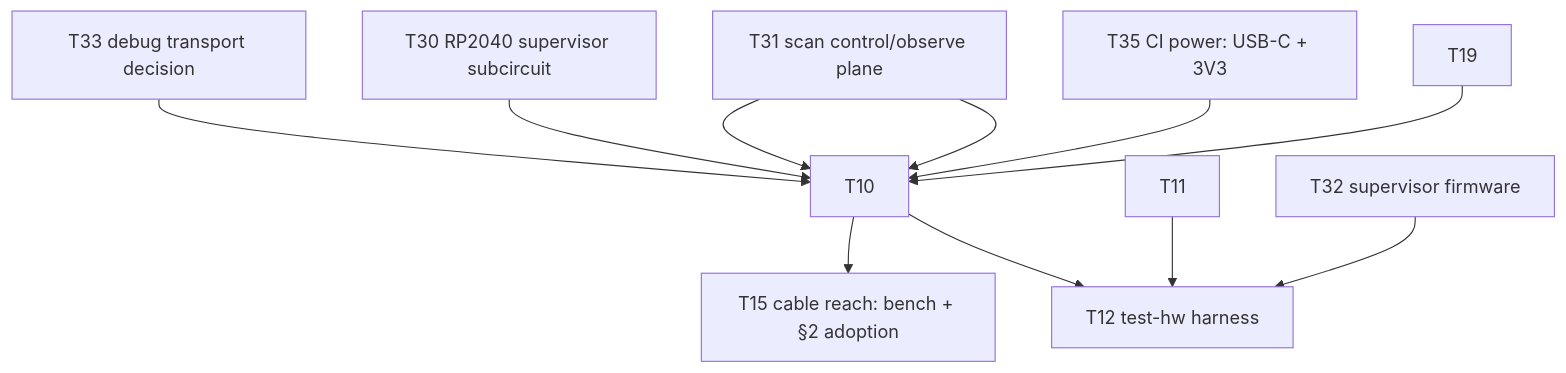
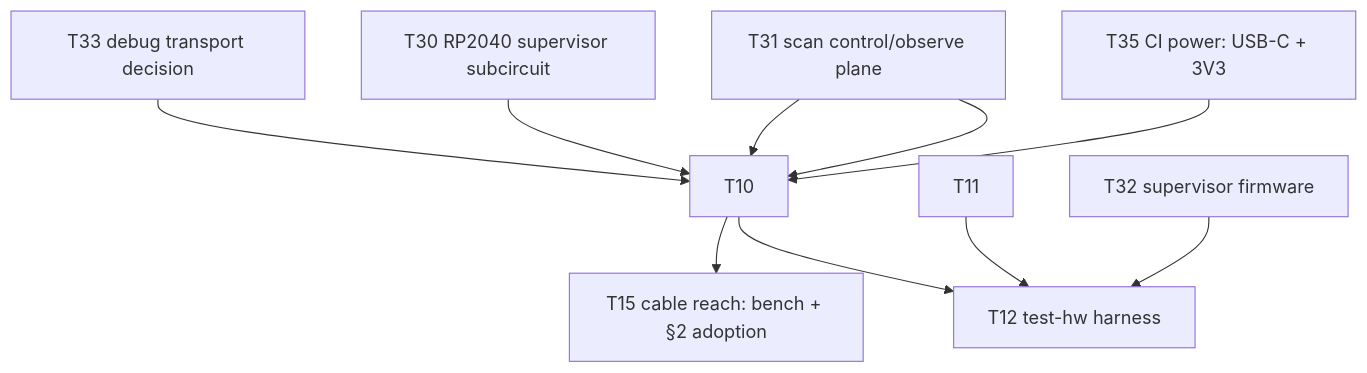
Before and after one commit to kristofferkoch/oparroy: the diagram in KANBAN.md, drawn with Mermaid. The commit also changed other lines of this file and 4 other files, not shown here.

````diff
--- a/KANBAN.md
+++ b/KANBAN.md
@@ -34,13 +34,12 @@
 ```mermaid
 graph TD
-    T19 --> T10
     T31[T31 scan control/observe plane] --> T10
     T35[T35 CI power: USB-C + 3V3] --> T10
     T30[T30 RP2040 supervisor subcircuit] --> T10
     T31 --> T10
     T33[T33 debug transport decision] --> T10
     T10 --> T12[T12 test-hw harness]
     T10 --> T15[T15 cable reach: bench + §2 adoption]
     T11 --> T12
     T32[T32 supervisor firmware] --> T12
 ```
````
